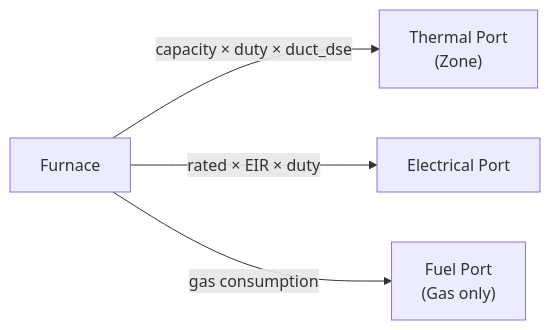
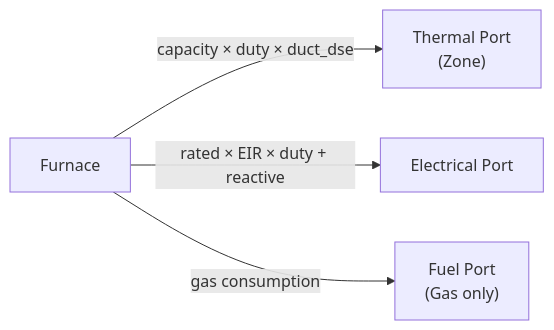
Before and after one commit to AZX-PBC-OSS/HARES: the second of 2 diagrams in docs/equipment/hvac.md, drawn with Mermaid. The commit also changed other lines of this file and 26 other files, not shown here.

````diff
--- a/docs/equipment/hvac.md
+++ b/docs/equipment/hvac.md
@@ -110,7 +117,7 @@
 ```mermaid
 graph LR
     F["Furnace"]
     F -->|"capacity × duty × duct_dse"| TH["Thermal Port<br/>(Zone)"]
-    F -->|"rated × EIR × duty"| EL["Electrical Port"]
+    F -->|"rated × EIR × duty + reactive"| EL["Electrical Port"]
     F -->|"gas consumption"| FU["Fuel Port<br/>(Gas only)"]
 ```
````
